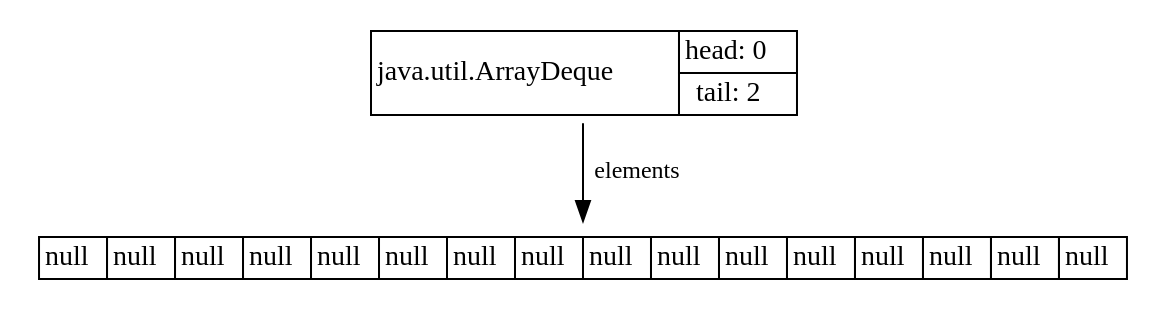
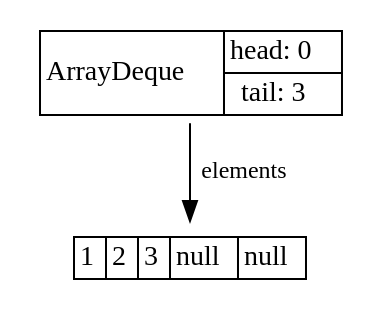
One commit to openjdk/jol changed the ninth of 18 diagrams in doc/src/main/asciidoc/start.adoc. Above: the diagram before and after it, drawn with Graphviz. The commit also changed other lines of this file and 3 other files, not shown here.

```diff
--- a/doc/src/main/asciidoc/start.adoc
+++ b/doc/src/main/asciidoc/start.adoc
@@ -831,44 +835,33 @@
 [graphviz]
 ----
 digraph Java {
 	rankdir="TB";
 	node[shape=plaintext]
 	n1[label=<
 		<table border='0' cellborder='1' cellspacing='0'>
 			<tr>
-				<td rowspan='3'>java.util.ArrayDeque</td>
+				<td rowspan='3'>ArrayDeque</td>
 			</tr>
 			<tr>
 				<td>head: 0</td>
 			</tr>
 			<tr>
-				<td>tail: 2</td>
+				<td>tail: 3</td>
 			</tr>
 		</table>
 	>];
 	n2[label=<
 		<table border='0' cellborder='1' cellspacing='0'>
 			<tr>
-				<td>null</td>
-				<td>null</td>
-				<td>null</td>
-				<td>null</td>
-				<td>null</td>
-				<td>null</td>
-				<td>null</td>
-				<td>null</td>
-				<td>null</td>
-				<td>null</td>
-				<td>null</td>
-				<td>null</td>
-				<td>null</td>
-				<td>null</td>
+				<td>1</td>
+				<td>2</td>
+				<td>3</td>
 				<td>null</td>
 				<td>null</td>
 			</tr>
 		</table>
 	>];
 	n1 -> n2[label="elements",fontsize=12];
 }
 
 ----
```
